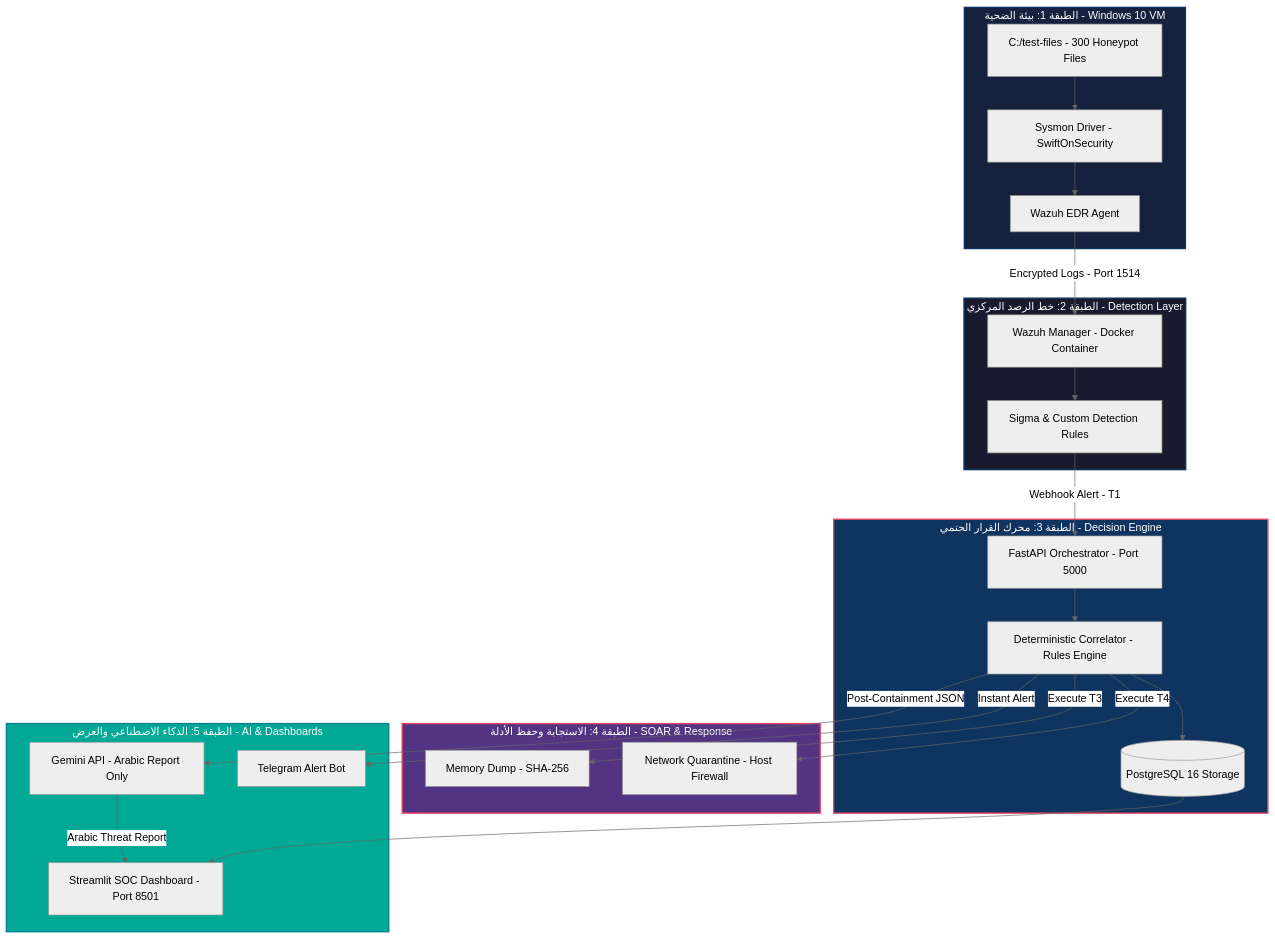
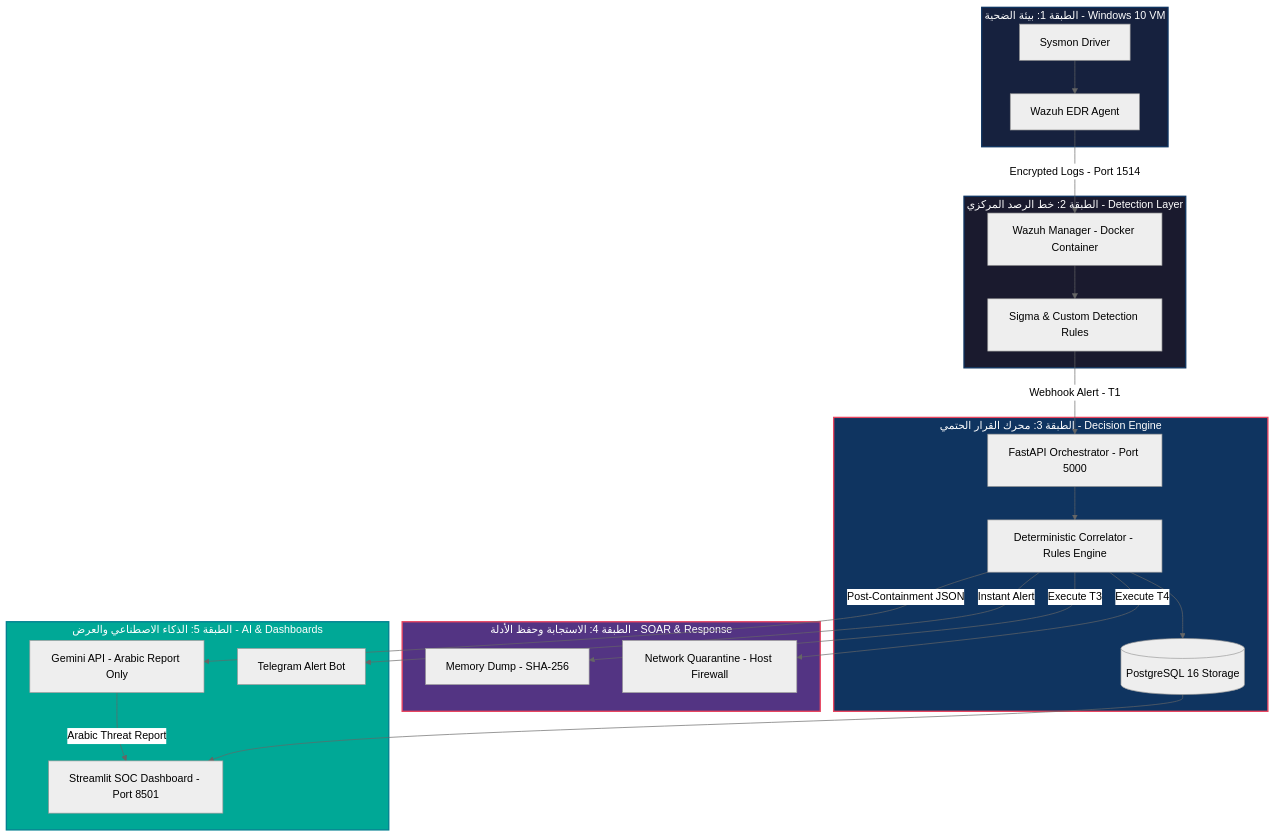
One commit to omar123JR/SAQR changed the first of 2 diagrams in README.md. Above: the diagram before and after it, drawn with Mermaid (neutral theme). The commit also changed other lines of this file and 2 other files, not shown here.

Commit message:
docs(detection): remove Honeypot references and monitor C:\Users directly

````diff
--- a/README.md
+++ b/README.md
@@ -81,50 +81,48 @@
 ```mermaid
 flowchart TB
     subgraph L1 ["الطبقة 1: بيئة الضحية - Windows 10 VM"]
-        Honeypot["C:/test-files - 300 Honeypot Files"]
-        Sysmon["Sysmon Driver - SwiftOnSecurity"]
+        Sysmon["Sysmon Driver"]
         Agent["Wazuh EDR Agent"]
-        Honeypot --> Sysmon
         Sysmon --> Agent
     end
 
     subgraph L2 ["الطبقة 2: خط الرصد المركزي - Detection Layer"]
         WManager["Wazuh Manager - Docker Container"]
         Sigma["Sigma & Custom Detection Rules"]
         WManager --> Sigma
     end
 
     subgraph L3 ["الطبقة 3: محرك القرار الحتمي - Decision Engine"]
         FastAPI["FastAPI Orchestrator - Port 5000"]
         Correlator["Deterministic Correlator - Rules Engine"]
         DB[("PostgreSQL 16 Storage")]
         FastAPI --> Correlator
         Correlator --> DB
     end
 
     subgraph L4 ["الطبقة 4: الاستجابة وحفظ الأدلة - SOAR & Response"]
         ProcDump["Memory Dump - SHA-256"]
         NetIso["Network Quarantine - Host Firewall"]
     end
 
     subgraph L5 ["الطبقة 5: الذكاء الاصطناعي والعرض - AI & Dashboards"]
         LLM["Gemini API - Arabic Report Only"]
         Dash["Streamlit SOC Dashboard - Port 8501"]
         Bot["Telegram Alert Bot"]
     end
 
     Agent -->|"Encrypted Logs - Port 1514"| WManager
     Sigma -->|"Webhook Alert - T1"| FastAPI
     Correlator -->|"Execute T3"| ProcDump
     Correlator -->|"Execute T4"| NetIso
     Correlator -->|"Post-Containment JSON"| LLM
     Correlator -->|"Instant Alert"| Bot
     LLM -->|"Arabic Threat Report"| Dash
     DB --> Dash
 
     style L1 fill:#16213e,stroke:#0f3460,stroke-width:2px,color:#fff
     style L2 fill:#1a1a2e,stroke:#0f3460,stroke-width:2px,color:#fff
     style L3 fill:#0f3460,stroke:#e94560,stroke-width:2px,color:#fff
     style L4 fill:#533483,stroke:#e94560,stroke-width:2px,color:#fff
     style L5 fill:#00a896,stroke:#028090,stroke-width:2px,color:#fff
 ```
````
